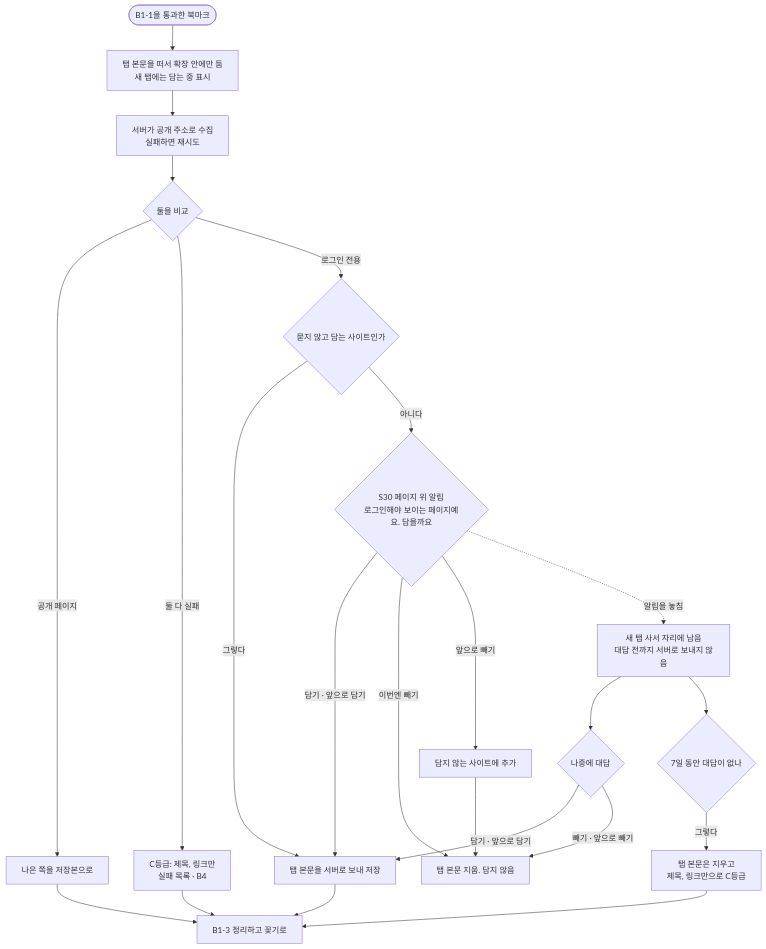
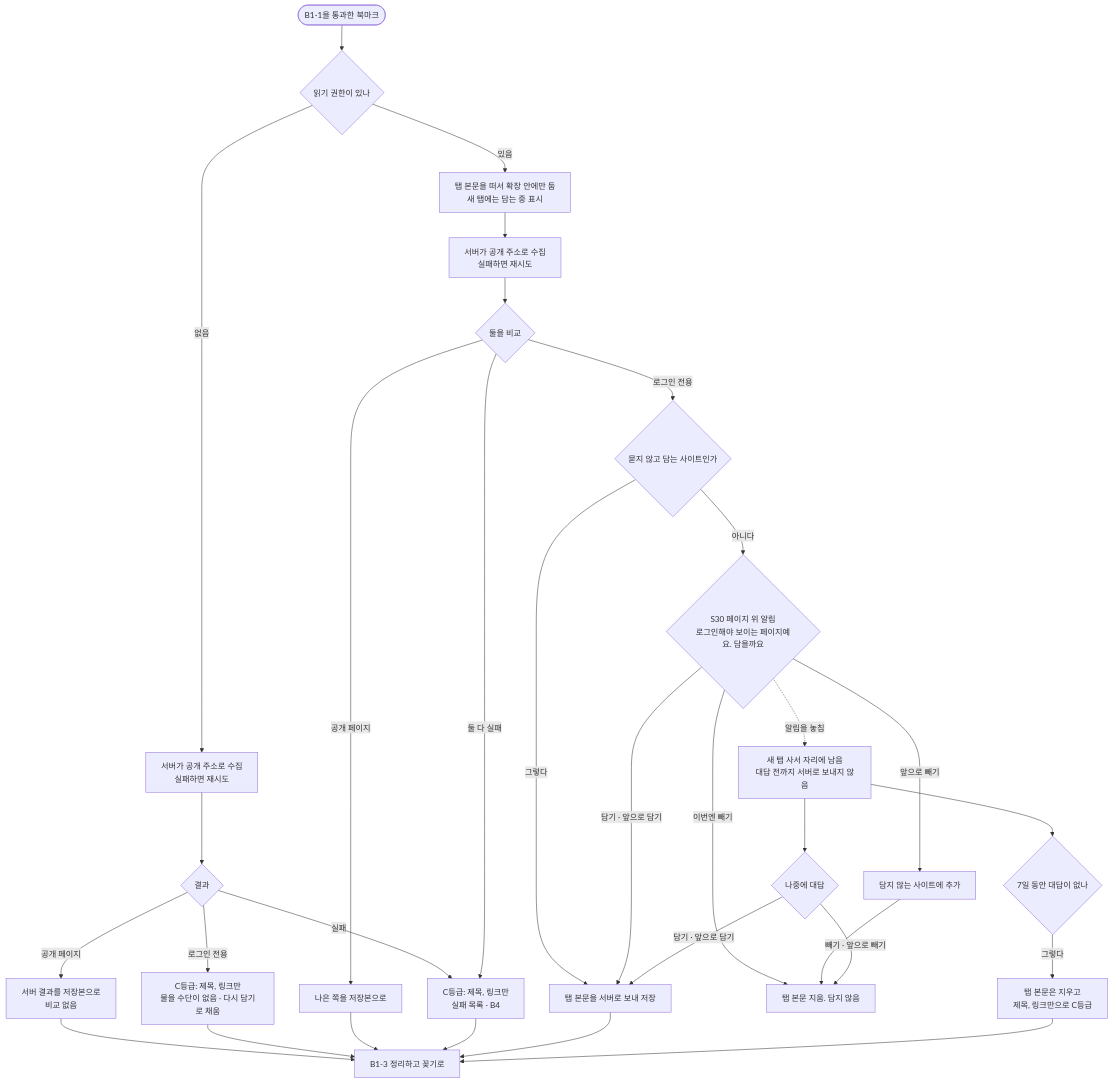
The diagram in flows/src/B1-2.mmd (daheww-wq/0929), drawn with Mermaid before and after one commit. The commit also changed 33040 other files, not shown here.

First line of the commit message:
03 흐름도: 읽기 권한(A1·A5·B1-1·B1-2·B4)과 arXiv 새 판(B5) 반영, SVG·flows.html 재생성

```diff
--- a/flows/src/B1-2.mmd
+++ b/flows/src/B1-2.mmd
@@ -1,18 +1,24 @@
 flowchart TD
-  F(["B1-1을 통과한 북마크"]) --> F1["탭 본문을 떠서 확장 안에만 둠<br/>새 탭에는 담는 중 표시"]
+  F(["B1-1을 통과한 북마크"]) --> F0{"읽기 권한이 있나"}
+  F0 -- 있음 --> F1["탭 본문을 떠서 확장 안에만 둠<br/>새 탭에는 담는 중 표시"]
+  F0 -- 없음 --> G0["서버가 공개 주소로 수집<br/>실패하면 재시도"]
+  G0 --> H0{"결과"}
+  H0 -- 공개 페이지 --> I0["서버 결과를 저장본으로<br/>비교 없음"] --> OUT
+  H0 -- 로그인 전용 --> N0["C등급: 제목, 링크만<br/>물을 수단이 없음 · 다시 담기로 채움"] --> OUT
+  H0 -- 실패 --> N
   F1 --> G["서버가 공개 주소로 수집<br/>실패하면 재시도"]
   G --> H{"둘을 비교"}
   H -- 공개 페이지 --> I["나은 쪽을 저장본으로"] --> OUT["B1-3 정리하고 꽂기로"]
   H -- 둘 다 실패 --> N["C등급: 제목, 링크만<br/>실패 목록 · B4"] --> OUT
   H -- 로그인 전용 --> J{"묻지 않고 담는 사이트인가"}
   J -- 그렇다 --> K["탭 본문을 서버로 보내 저장"] --> OUT
   J -- 아니다 --> L{"S30 페이지 위 알림<br/>로그인해야 보이는 페이지예요. 담을까요"}
   L -- 담기 · 앞으로 담기 --> K
   L -- 이번엔 빼기 --> M["탭 본문 지움. 담지 않음"]
   L -- 앞으로 빼기 --> M1["담지 않는 사이트에 추가"] --> M
   L -. 알림을 놓침 .-> L2["새 탭 사서 자리에 남음<br/>대답 전까지 서버로 보내지 않음"]
   L2 --> L3{"나중에 대답"}
   L3 -- 담기 · 앞으로 담기 --> K
   L3 -- 빼기 · 앞으로 빼기 --> M
   L2 --> L4{"7일 동안 대답이 없나"}
   L4 -- 그렇다 --> L5["탭 본문은 지우고<br/>제목, 링크만으로 C등급"] --> OUT
```
